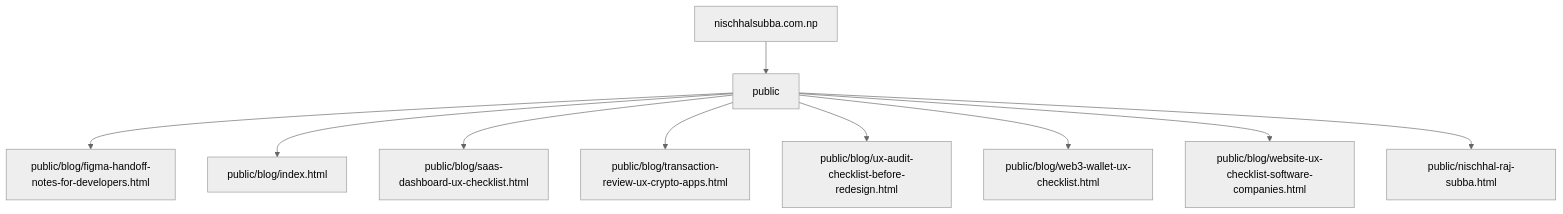
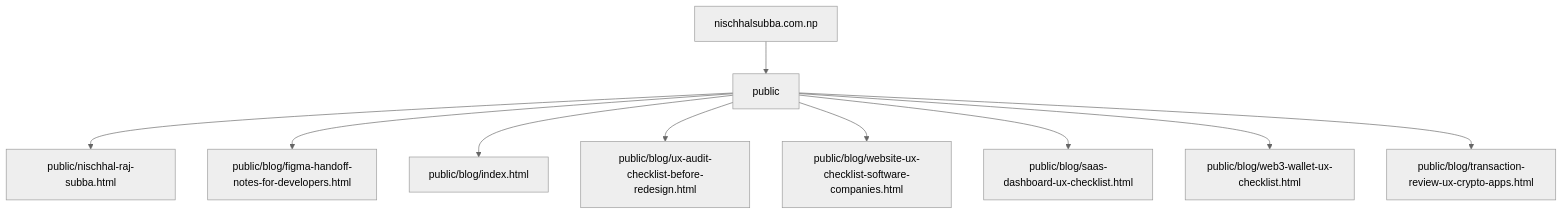
Before and after one commit to Nischhalsubba/nischhalsubba.com.np: the second of 5 diagrams in README.md, drawn with Mermaid (neutral theme). The commit also changed other lines of this file, not shown here.

````diff
--- a/README.md
+++ b/README.md
@@ -51,13 +89,13 @@
 ```mermaid
 flowchart TD
     APP["nischhalsubba.com.np"]
     APP --> R0["public"]
-    R0 --> F0["public/blog/figma-handoff-notes-for-developers.html"]
-    R0 --> F1["public/blog/index.html"]
-    R0 --> F2["public/blog/saas-dashboard-ux-checklist.html"]
-    R0 --> F3["public/blog/transaction-review-ux-crypto-apps.html"]
-    R0 --> F4["public/blog/ux-audit-checklist-before-redesign.html"]
-    R0 --> F5["public/blog/web3-wallet-ux-checklist.html"]
-    R0 --> F6["public/blog/website-ux-checklist-software-companies.html"]
-    R0 --> F7["public/nischhal-raj-subba.html"]
+    R0 --> F0["public/nischhal-raj-subba.html"]
+    R0 --> F1["public/blog/figma-handoff-notes-for-developers.html"]
+    R0 --> F2["public/blog/index.html"]
+    R0 --> F3["public/blog/ux-audit-checklist-before-redesign.html"]
+    R0 --> F4["public/blog/website-ux-checklist-software-companies.html"]
+    R0 --> F5["public/blog/saas-dashboard-ux-checklist.html"]
+    R0 --> F6["public/blog/web3-wallet-ux-checklist.html"]
+    R0 --> F7["public/blog/transaction-review-ux-crypto-apps.html"]
 ```
````
